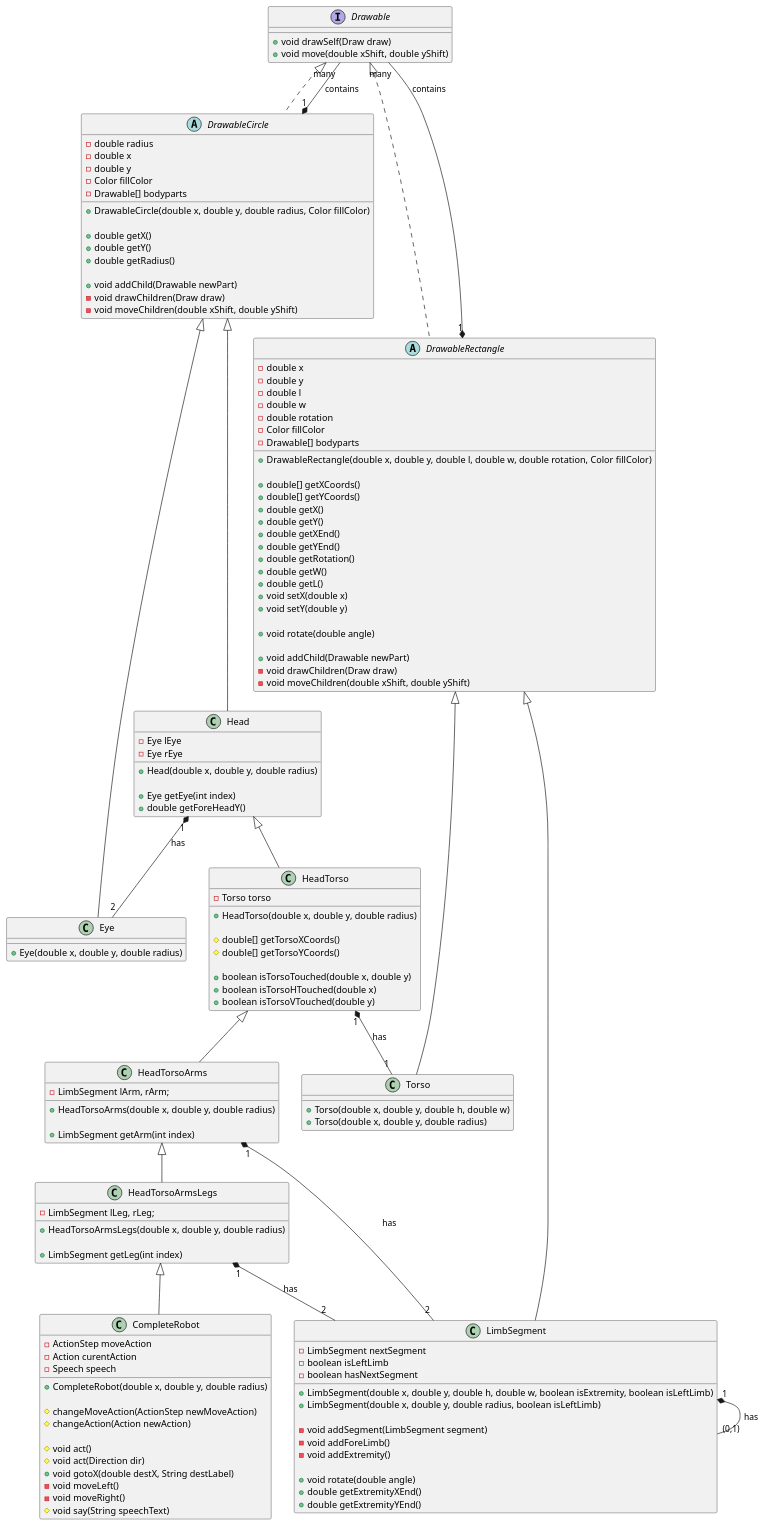
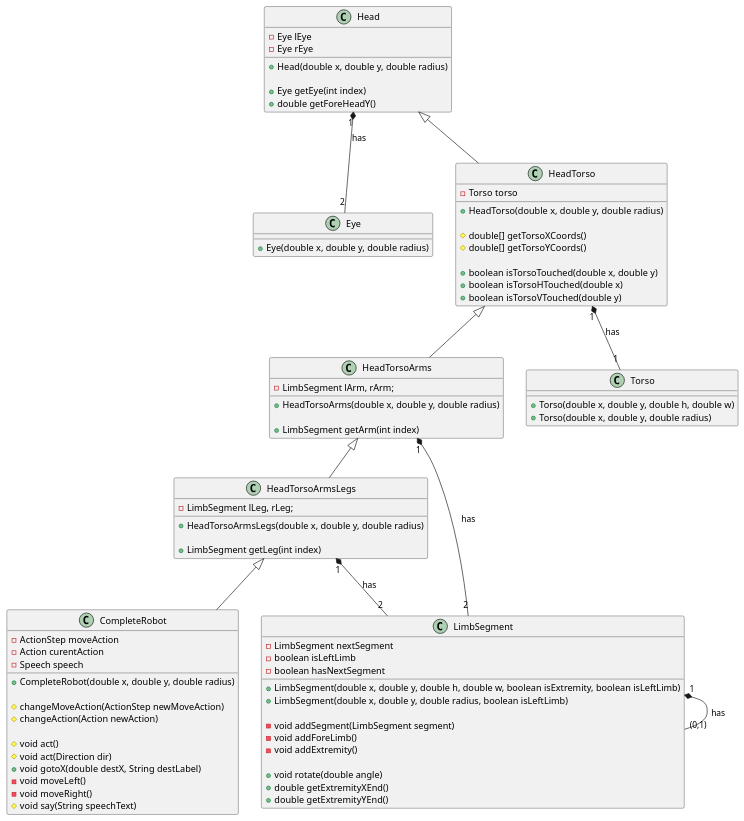
The diagram in PUML/RobotComposition.puml (wafibismail/cadi-robot), drawn with PlantUML before and after one commit. The commit also changed 1 other file, not shown here.

```diff
--- a/PUML/RobotComposition.puml
+++ b/PUML/RobotComposition.puml
@@ -1,156 +1,95 @@
 @startuml "Robot Composition"
-
-interface "Drawable" as d {
-  +void drawSelf(Draw draw)
-  +void move(double xShift, double yShift)
-}
-
-abstract class "DrawableCircle" as dC {
-  -double radius
-  -double x
-  -double y
-  -Color fillColor
-  -Drawable[] bodyparts
-
-  +DrawableCircle(double x, double y, double radius, Color fillColor)
-  
-  +double getX()
-  +double getY()
-  +double getRadius()
-
-  +void addChild(Drawable newPart)
-  -void drawChildren(Draw draw)
-  -void moveChildren(double xShift, double yShift)
-}
 
 class "Eye" as dCE {
   +Eye(double x, double y, double radius)
 }
 
 class "Head" as dCH {
   -Eye lEye
   -Eye rEye
 
   +Head(double x, double y, double radius)
 
   +Eye getEye(int index)
   +double getForeHeadY()
 }
 
 class "HeadTorso" as dCHT {
   -Torso torso
 
   +HeadTorso(double x, double y, double radius)
 
   #double[] getTorsoXCoords()
   #double[] getTorsoYCoords()
 
   +boolean isTorsoTouched(double x, double y)
   +boolean isTorsoHTouched(double x)
   +boolean isTorsoVTouched(double y)
 }
 
 class "HeadTorsoArms" as dCHTA {
   -LimbSegment lArm, rArm;
 
   +HeadTorsoArms(double x, double y, double radius)
 
   +LimbSegment getArm(int index)
 }
 
 class "HeadTorsoArmsLegs" as dCHTAL {
   -LimbSegment lLeg, rLeg;
 
   +HeadTorsoArmsLegs(double x, double y, double radius)
 
   +LimbSegment getLeg(int index)
 }
 
-abstract class "DrawableRectangle" as dR {
-  -double x
-  -double y
-  -double l
-  -double w
-  -double rotation
-  -Color fillColor
-  -Drawable[] bodyparts
-
-  +DrawableRectangle(double x, double y, double l, double w, double rotation, Color fillColor)
-  
-  +double[] getXCoords()
-  +double[] getYCoords()
-  +double getX()
-  +double getY()
-  +double getXEnd()
-  +double getYEnd()
-  +double getRotation()
-  +double getW()
-  +double getL()
-  +void setX(double x)
-  +void setY(double y)
-
-  +void rotate(double angle)
-
-  +void addChild(Drawable newPart)
-  -void drawChildren(Draw draw)
-  -void moveChildren(double xShift, double yShift)
-}
-
 class "Torso" as dRT {
   +Torso(double x, double y, double h, double w)
   +Torso(double x, double y, double radius)
 }
 
 class "LimbSegment" as LimbSegment {
   -LimbSegment nextSegment
   -boolean isLeftLimb
   -boolean hasNextSegment
 
   +LimbSegment(double x, double y, double h, double w, boolean isExtremity, boolean isLeftLimb)
   +LimbSegment(double x, double y, double radius, boolean isLeftLimb)
   
   -void addSegment(LimbSegment segment)
   -void addForeLimb()
   -void addExtremity()
 
   +void rotate(double angle)
   +double getExtremityXEnd()
   +double getExtremityYEnd()
 }
 
 class "CompleteRobot" as CR {
   -ActionStep moveAction
   -Action curentAction
   -Speech speech
 
   +CompleteRobot(double x, double y, double radius)
 
   #changeMoveAction(ActionStep newMoveAction)
   #changeAction(Action newAction)
 
   #void act()
   #void act(Direction dir)
   +void gotoX(double destX, String destLabel)
   -void moveLeft()
   -void moveRight()
   #void say(String speechText)
 }
 
-d <|.. dC
-dC <|-- dCE
-dC <|-- dCH
 dCH "1" *-- "2" dCE : has
 dCH <|-- dCHT
 dCHT <|-- dCHTA
 dCHTA "1" *-- "2" LimbSegment : has
 dCHTA <|-- dCHTAL
 dCHTAL "1" *-- "2" LimbSegment : has
-d <|.. dR
-dR <|-- dRT
 dCHT "1" *-- "1" dRT : has
-dR <|-- LimbSegment
 LimbSegment "1" *-- "(0,1)" LimbSegment : has
 dCHTAL <|-- CR
-dC "1" *-- "many" d : contains
-dR "1" *-- "many" d : contains
 @enduml
```
